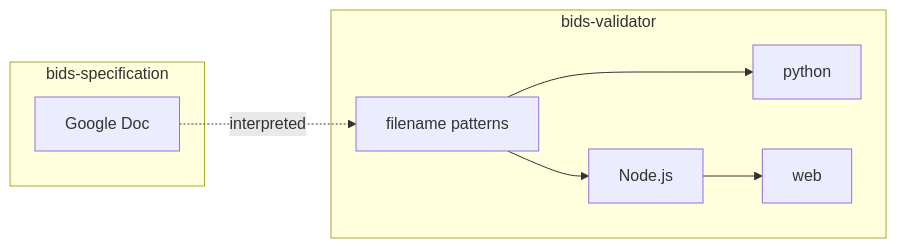
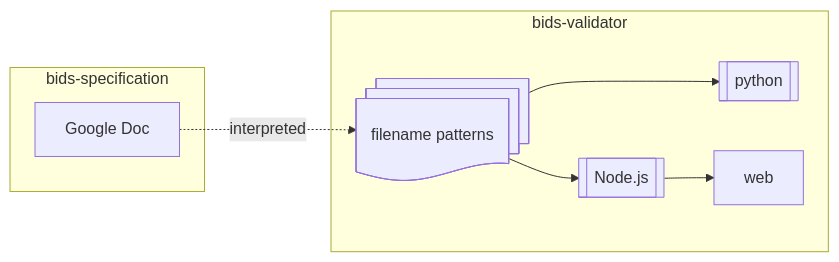
One commit to bids-standard/bids-website changed the first of 6 diagrams in docs/blog/posts/bids-validator-2.0.md. Above: the diagram before and after it, drawn with Mermaid. The commit also changed other lines of this file, not shown here.

Commit message:
Extend mermaid diagrams in validator blog post with HTML links and shapes (#747)

````diff
--- a/docs/blog/posts/bids-validator-2.0.md
+++ b/docs/blog/posts/bids-validator-2.0.md
@@ -204,13 +204,18 @@
 ```mermaid
 graph LR;
     subgraph bids-specification;
         google["Google Doc"]
     end
     subgraph "bids-validator";
         regex["filename patterns"] --> Node.js
         regex["filename patterns"] ---> python
         Node.js --> web
     end
 
     google -. interpreted .-> regex
+
+    regex@{ shape: docs }
+    Node.js@{ shape: subproc }
+    python@{ shape: subproc }
+    web@{ shape: rect }
 ```
````
